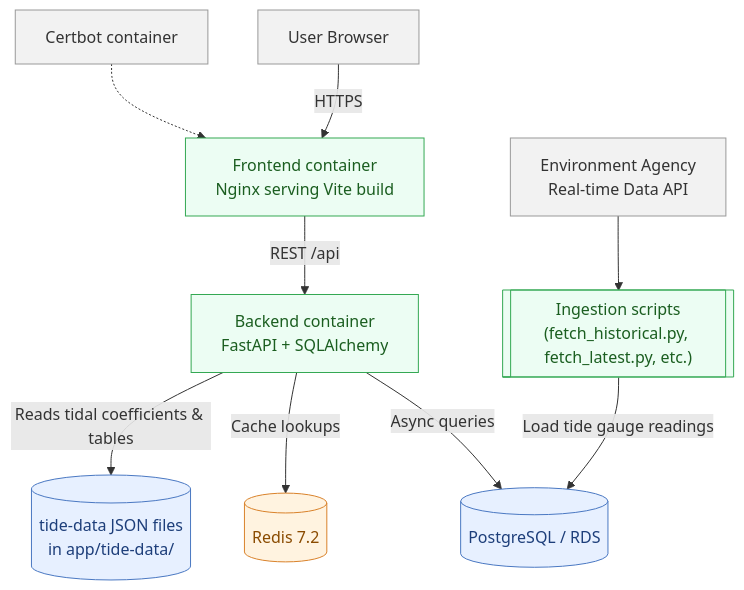
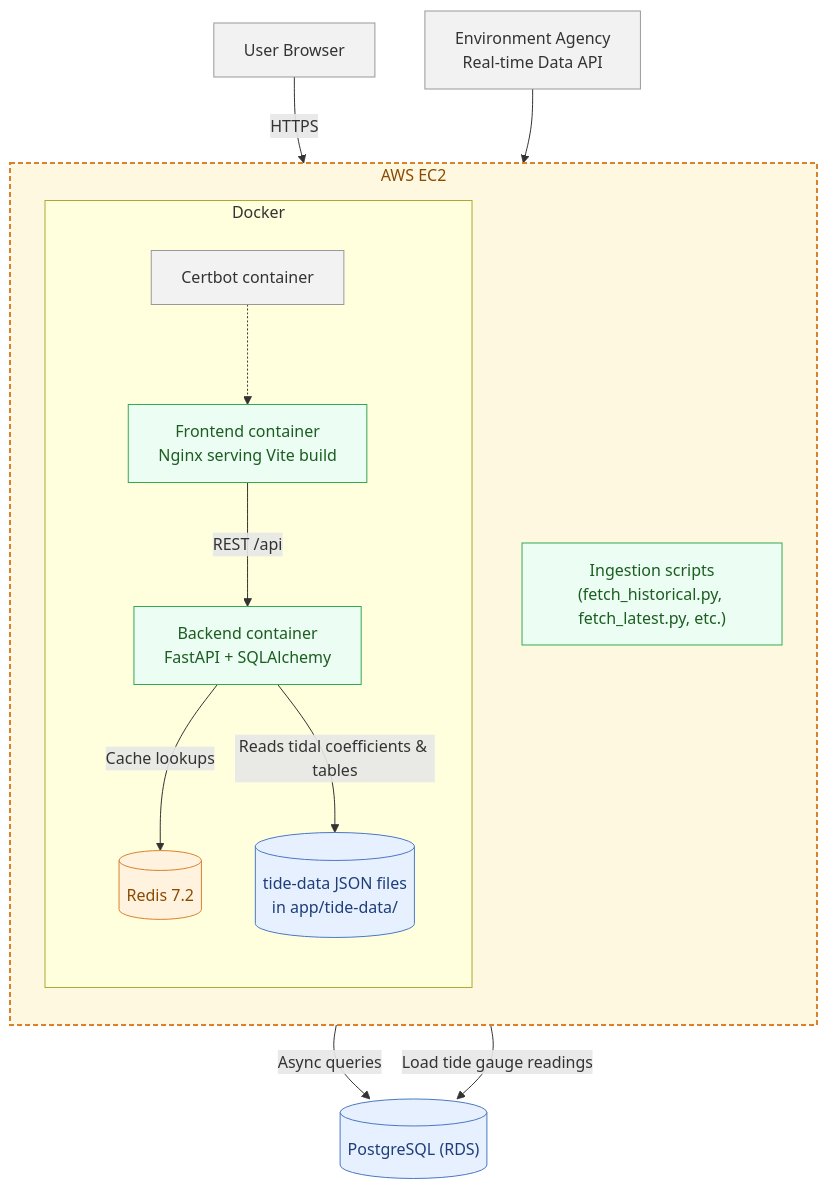
The diagram in ARCHITECTURE.md (nikolisan/tidenet.app), drawn with Mermaid before and after one commit. The commit also changed other lines of this file, not shown here.

Commit message:
restructure

````diff
--- a/ARCHITECTURE.md
+++ b/ARCHITECTURE.md
@@ -5,26 +3,43 @@
 ```mermaid
 flowchart TD
     U[User Browser] -->|HTTPS| F["Frontend container<br/>Nginx serving Vite build"]
     F -->|REST /api| B["Backend container<br/>FastAPI + SQLAlchemy"]
-    B -->|Async queries| DB[(PostgreSQL / RDS)]
+    B -->|Async queries| DB[("PostgreSQL (RDS)")]
     B -->|Cache lookups| R[(Redis 7.2)]
     B -->|Reads tidal coefficients & tables| T[("tide-data JSON files<br/>in app/tide-data/")]
-    Scripts[["Ingestion scripts<br/>(fetch_historical.py, fetch_latest.py, etc.)"]] -->|Load tide gauge readings| DB
+    Scripts["Ingestion scripts<br/>(fetch_historical.py, fetch_latest.py, etc.)"] -->|Load tide gauge readings| DB
     EA["Environment Agency<br/>Real-time Data API"] --> Scripts
     CB["Certbot container"] -.-> F
+
+    subgraph Docker["Docker"]
+        direction TB
+        F
+        B
+        R
+        CB
+        T
+    end
+
+    subgraph AWS_EC2["AWS EC2"]
+        direction TB
+        Docker
+        Scripts
+    end
+
+    style AWS_EC2 fill:#fff8e1,stroke:#d9822b,stroke-width:2px,stroke-dasharray: 5 3,color:#8a4b00
 
     classDef external fill:#f2f2f2,stroke:#999,stroke-width:1px,color:#333;
     classDef data fill:#e7f0ff,stroke:#4a78c2,stroke-width:1px,color:#1d3e7a;
     classDef cache fill:#fff3e0,stroke:#d9822b,stroke-width:1px,color:#8a4b00;
     classDef service fill:#ecfdf3,stroke:#34a853,stroke-width:1px,color:#1b5e20;
 
     class U external;
     class EA external;
     class F service;
     class B service;
     class DB data;
     class T data;
     class R cache;
     class Scripts service;
     class CB external;
 ```
````
